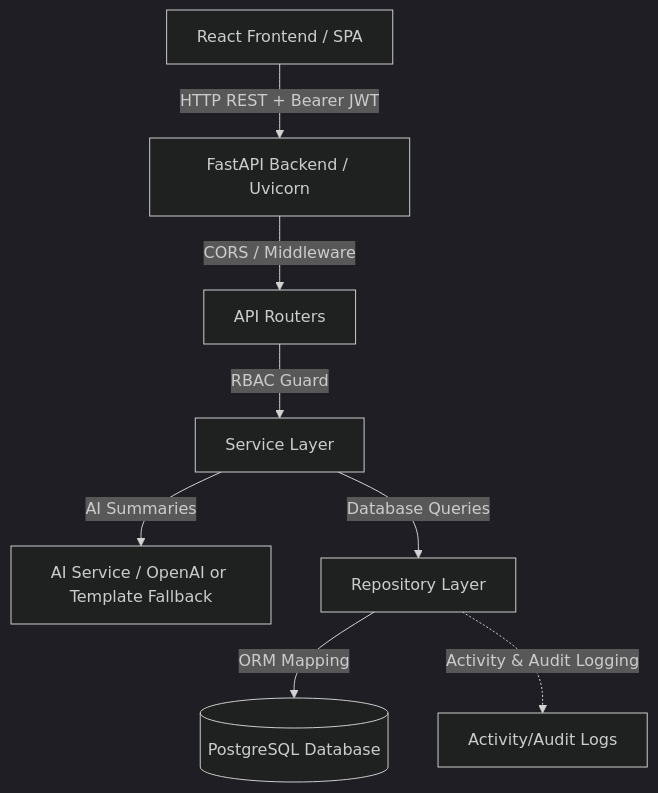
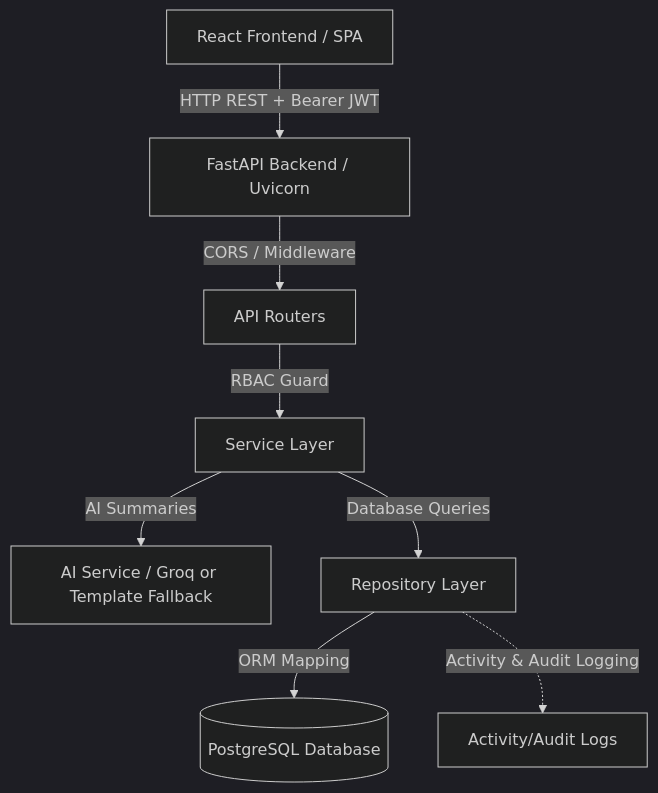
One commit to saddamhussain1234/fullstack changed the diagram in README.md. Above: the diagram before and after it, drawn with Mermaid (dark theme). The commit also changed other lines of this file and 9009 other files, not shown here.

````diff
--- a/README.md
+++ b/README.md
@@ -11,10 +11,10 @@
 ```mermaid
 graph TD
     Client[React Frontend / SPA] -->|HTTP REST + Bearer JWT| Gateway[FastAPI Backend / Uvicorn]
     Gateway -->|CORS / Middleware| Router[API Routers]
     Router -->|RBAC Guard| Service[Service Layer]
-    Service -->|AI Summaries| AIService[AI Service / OpenAI or Template Fallback]
+    Service -->|AI Summaries| AIService[AI Service / Groq or Template Fallback]
     Service -->|Database Queries| Repo[Repository Layer]
     Repo -->|ORM Mapping| DB[(PostgreSQL Database)]
     Repo -.->|Activity & Audit Logging| Audit[Activity/Audit Logs]
 ```
````
